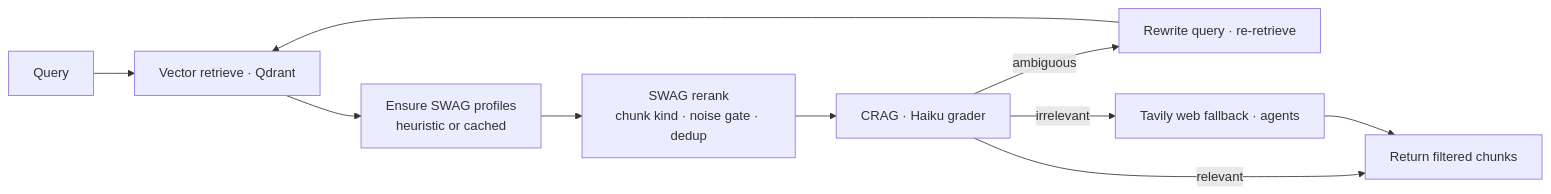
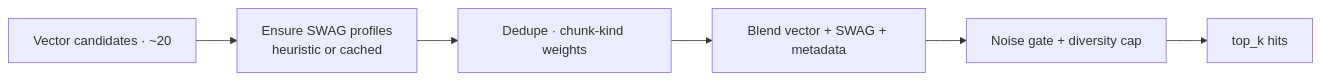
One commit to emguru/langrag changed the third of 6 diagrams in docs/ARCHITECTURE_DIAGRAM.md. Above: the diagram before and after it, drawn with Mermaid. The commit also changed other lines of this file and 22 other files, not shown here.

First line of the commit message:
Add RAG quality features and refresh architecture docs.

````diff
--- a/docs/ARCHITECTURE_DIAGRAM.md
+++ b/docs/ARCHITECTURE_DIAGRAM.md
@@ -113,12 +119,8 @@
 ```mermaid
 flowchart LR
-  Q[Query] --> R[Vector retrieve · Qdrant]
-  R --> P[Ensure SWAG profiles<br/>heuristic or cached]
-  P --> S[SWAG rerank<br/>chunk kind · noise gate · dedup]
-  S --> G[CRAG · Haiku grader]
-  G -->|relevant| F[Return filtered chunks]
-  G -->|ambiguous| RW[Rewrite query · re-retrieve]
-  RW --> R
-  G -->|irrelevant| W[Tavily web fallback · agents]
-  W --> F
+  C[Vector candidates · ~20] --> P[Ensure SWAG profiles<br/>heuristic or cached]
+  P --> D[Dedupe · chunk-kind weights]
+  D --> R[Blend vector + SWAG + metadata]
+  R --> N[Noise gate + diversity cap]
+  N --> K[top_k hits]
 ```
````
